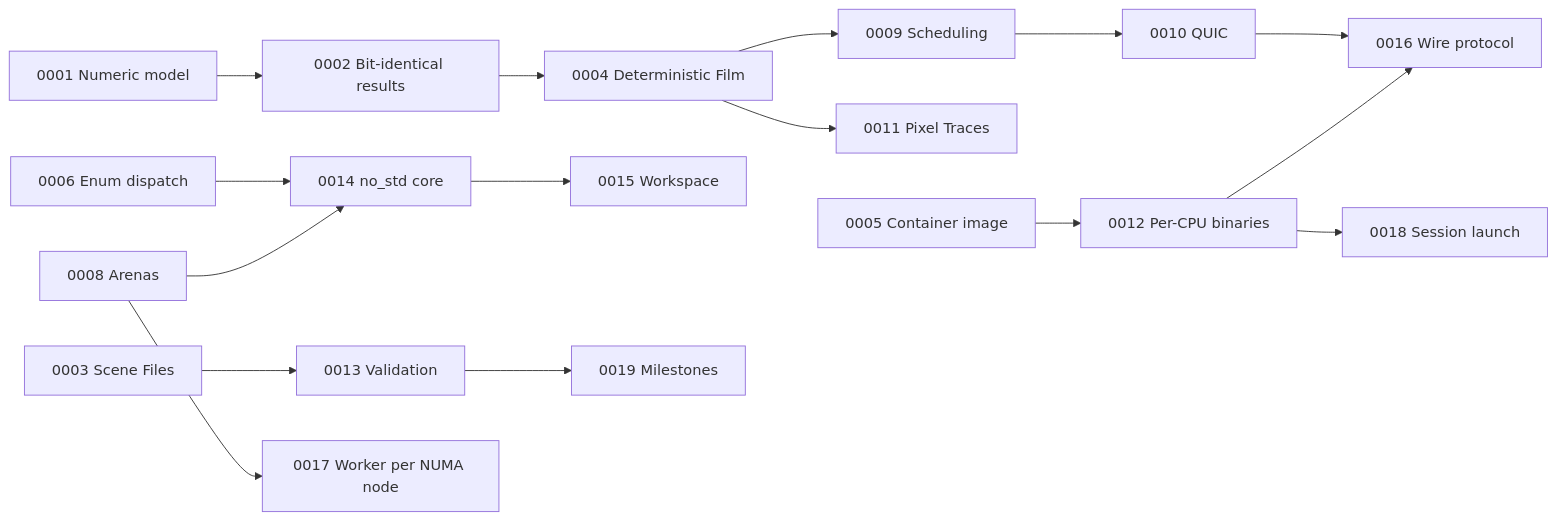
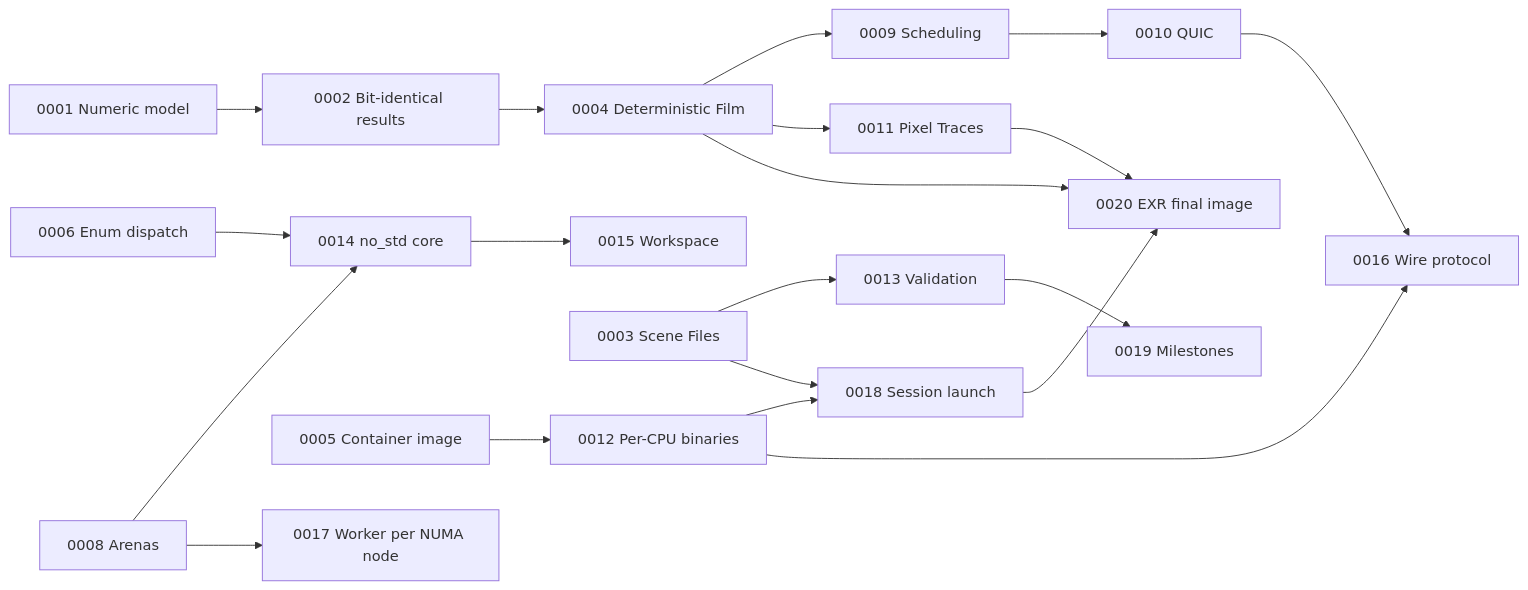
The diagram in docs/architecture/09-architecture-decisions.md (sergioffpc/umbra), drawn with Mermaid before and after one commit. The commit also changed other lines of this file and 29 other files, not shown here.

````diff
--- a/docs/architecture/09-architecture-decisions.md
+++ b/docs/architecture/09-architecture-decisions.md
@@ -29,14 +30,18 @@
 ```mermaid
 flowchart LR
     A1["0001 Numeric model"] --> A2["0002 Bit-identical results"] --> A4["0004 Deterministic Film"]
     A4 --> A9["0009 Scheduling"]
     A4 --> A11["0011 Pixel Traces"]
     A9 --> A10["0010 QUIC"] --> A16["0016 Wire protocol"]
     A6["0006 Enum dispatch"] --> A14["0014 no_std core"]
     A8["0008 Arenas"] --> A14
     A14 --> A15["0015 Workspace"]
     A3["0003 Scene Files"] --> A13["0013 Validation"] --> A19["0019 Milestones"]
     A5["0005 Container image"] --> A12["0012 Per-CPU binaries"] --> A18["0018 Session launch"]
     A12 --> A16
     A8 --> A17["0017 Worker per NUMA node"]
+    A3 --> A18
+    A4 --> A20["0020 EXR final image"]
+    A11 --> A20
+    A18 --> A20
 ```
````
